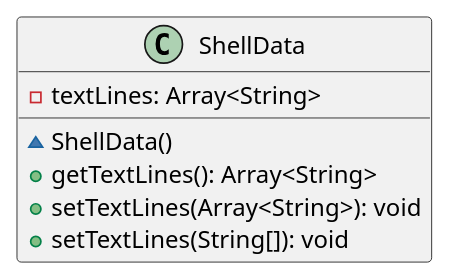
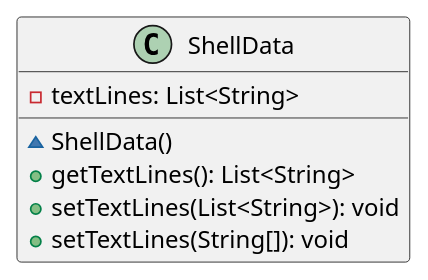
The diagram in malokhvii-eduard/malokhvii04/doc/plantuml/ua/khpi/oop/malokhvii04/shell/ShellData.puml (P-Kalin/kit26a), drawn with PlantUML before and after one commit. The commit also changed 9 other files, not shown here.

Commit message:
#1, #3 malokhvii04: update graphs

```diff
--- a/malokhvii-eduard/malokhvii04/doc/plantuml/ua/khpi/oop/malokhvii04/shell/ShellData.puml
+++ b/malokhvii-eduard/malokhvii04/doc/plantuml/ua/khpi/oop/malokhvii04/shell/ShellData.puml
@@ -1,11 +1,11 @@
 @startuml
 
     class ShellData {
-        -textLines: Array<String>
+        -textLines: List<String>
         ~ShellData()
-        +getTextLines(): Array<String>
-        +setTextLines(Array<String>): void
+        +getTextLines(): List<String>
+        +setTextLines(List<String>): void
         +setTextLines(String[]): void
     }
 
 @enduml
```
